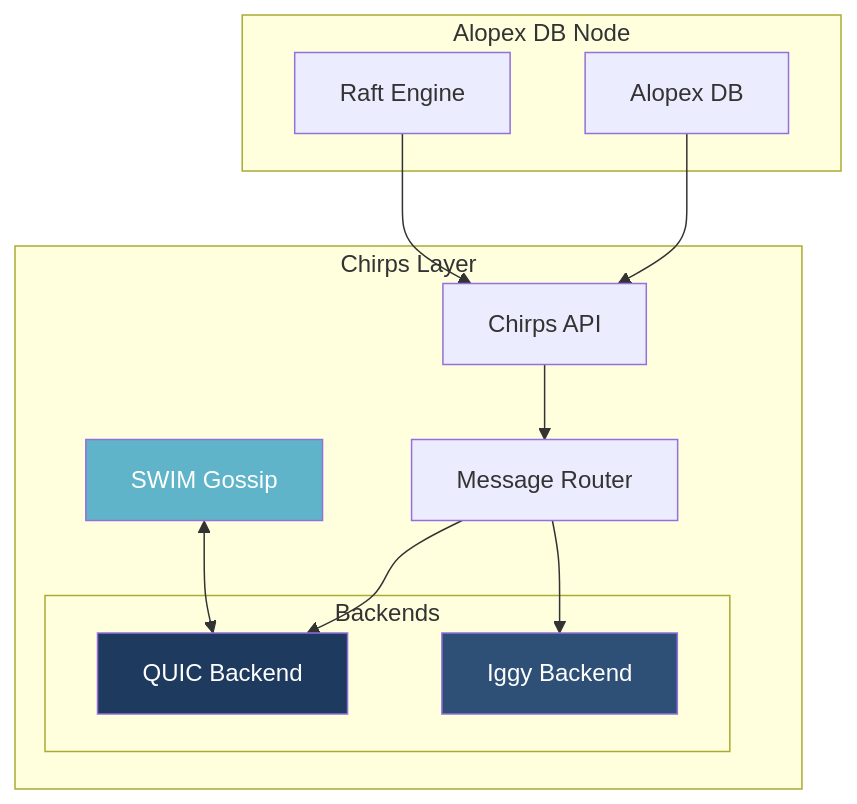
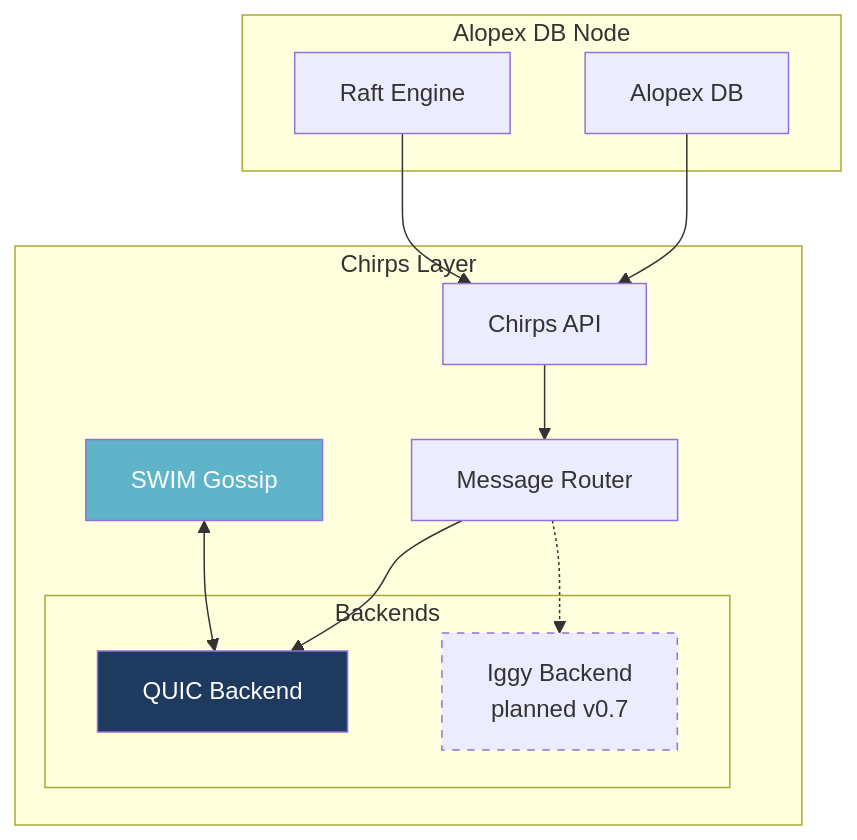
The first of 4 diagrams in docs/concepts/chirps.md (alopex-db/alopex-db.github.io), drawn with Mermaid before and after one commit. The commit also changed other lines of this file and 2 other files, not shown here.

````diff
--- a/docs/concepts/chirps.md
+++ b/docs/concepts/chirps.md
@@ -22,29 +22,29 @@
 ```mermaid
 graph TB
     subgraph "Alopex DB Node"
         DB[Alopex DB]
         RAFT[Raft Engine]
     end
 
     subgraph "Chirps Layer"
         API[Chirps API]
         ROUTER[Message Router]
         GOSSIP[SWIM Gossip]
 
         subgraph "Backends"
             QUIC[QUIC Backend]
-            IGGY[Iggy Backend]
+            IGGY[Iggy Backend<br/>planned v0.7]
         end
     end
 
     DB --> API
     RAFT --> API
     API --> ROUTER
     ROUTER --> QUIC
-    ROUTER --> IGGY
+    ROUTER -.-> IGGY
     GOSSIP <--> QUIC
 
     style QUIC fill:#1E3A5F,color:#fff
-    style IGGY fill:#2E5077,color:#fff
+    style IGGY stroke-dasharray: 5 5
     style GOSSIP fill:#5FB4C9,color:#fff
 ```
````
